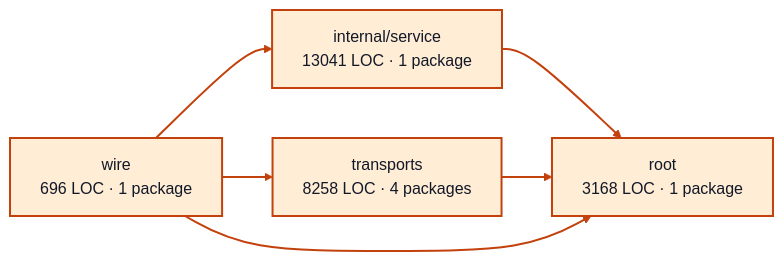
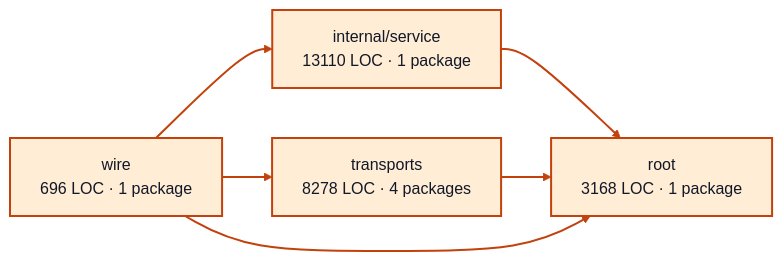
One commit to portpowered/you-agent-factory changed the diagram in docs/architecture/visualizations/services/worker_sessions.md. Above: the diagram before and after it, drawn with Mermaid. The commit also changed other lines of this file and 20 other files, not shown here.

Commit message:
docs: refresh backend architecture visualizations

````diff
--- a/docs/architecture/visualizations/services/worker_sessions.md
+++ b/docs/architecture/visualizations/services/worker_sessions.md
@@ -11,17 +11,17 @@
 ```mermaid
 flowchart LR
-  p0["internal/service<br/>13041 LOC · 1 package"]
+  p0["internal/service<br/>13110 LOC · 1 package"]
   p1["root<br/>3168 LOC · 1 package"]
-  p2["transports<br/>8258 LOC · 4 packages"]
+  p2["transports<br/>8278 LOC · 4 packages"]
   p3["wire<br/>696 LOC · 1 package"]
   p0 --> p1
   p2 --> p1
   p3 --> p0
   p3 --> p1
   p3 --> p2
   style p0 fill:#ffedd5,stroke:#c2410c,stroke-width:2px,color:#111827
   style p1 fill:#ffedd5,stroke:#c2410c,stroke-width:2px,color:#111827
   style p2 fill:#ffedd5,stroke:#c2410c,stroke-width:2px,color:#111827
   style p3 fill:#ffedd5,stroke:#c2410c,stroke-width:2px,color:#111827
   linkStyle default stroke:#c2410c,stroke-width:2px
 ```
````
